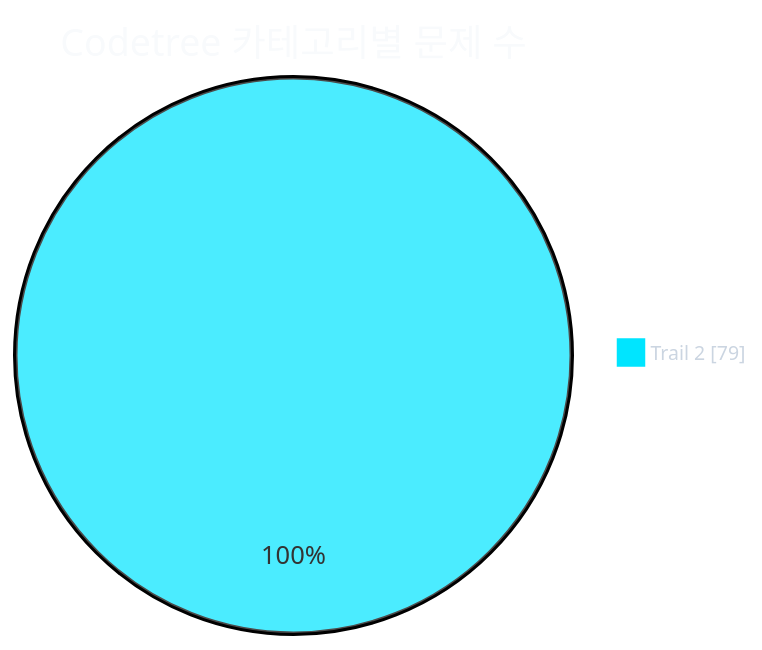
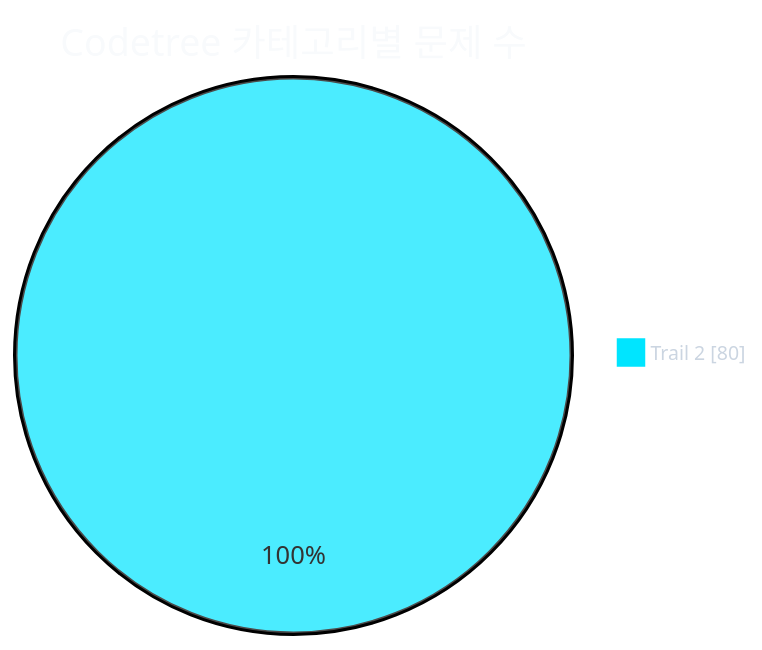
Before and after one commit to CHOOSLA/Algorithm: the first of 2 diagrams in readme.md, drawn with Mermaid. The commit also changed other lines of this file and 2 other files, not shown here.

````diff
--- a/readme.md
+++ b/readme.md
@@ -31,21 +31,21 @@
 ```mermaid
 ---
 config:
   theme: base
   themeVariables:
     background: '#0d1117'
     pieTitleTextColor: '#f8fafc'
     pieLegendTextColor: '#cbd5e1'
     pieLegendTextSize: '13px'
     pie1: '#00e5ff'
     pie2: '#22c55e'
     pie3: '#f59e0b'
     pie4: '#a855f7'
     pie5: '#ec4899'
     pie6: '#3b82f6'
     pie7: '#64748b'
 ---
 pie showData
   title Codetree 카테고리별 문제 수
-  "Trail 2" : 79
+  "Trail 2" : 80
 ```
````
